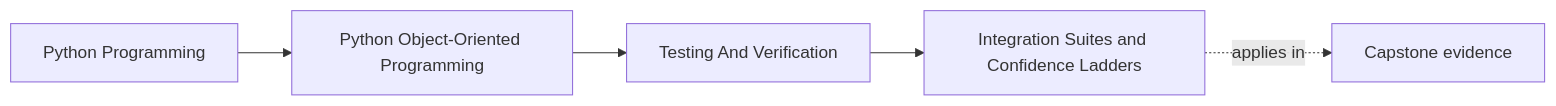
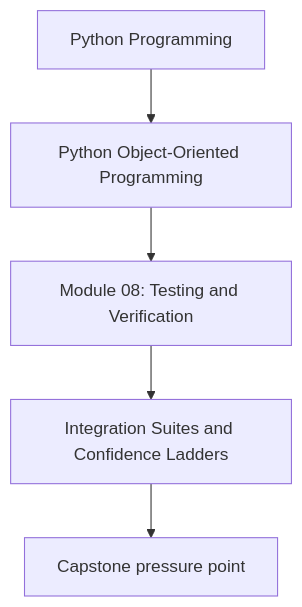
One commit to bijux/bijux-masterclass changed the first of 2 diagrams in programs/python-programming/python-object-oriented-programming/course-book/module-08-testing-and-verification/integration-suites-and-confidence-ladders.md. Above: the diagram before and after it, drawn with Mermaid. The commit also changed other lines of this file and 107 other files, not shown here.

Commit message:
docs(python-object-oriented-programming): align concept page diagrams

````diff
--- a/programs/python-programming/python-object-oriented-programming/course-book/module-08-testing-and-verification/integration-suites-and-confidence-ladders.md
+++ b/programs/python-programming/python-object-oriented-programming/course-book/module-08-testing-and-verification/integration-suites-and-confidence-ladders.md
@@ -7,11 +7,7 @@
 ```mermaid
-graph LR
-  family["Python Programming"]
-  program["Python Object-Oriented Programming"]
-  section["Testing And Verification"]
-  page["Integration Suites and Confidence Ladders"]
-  capstone["Capstone evidence"]
-
-  family --> program --> section --> page
-  page -.applies in.-> capstone
+flowchart TD
+  family["Python Programming"] --> program["Python Object-Oriented Programming"]
+  program --> module["Module 08: Testing and Verification"]
+  module --> concept["Integration Suites and Confidence Ladders"]
+  concept --> capstone["Capstone pressure point"]
 ```
````
